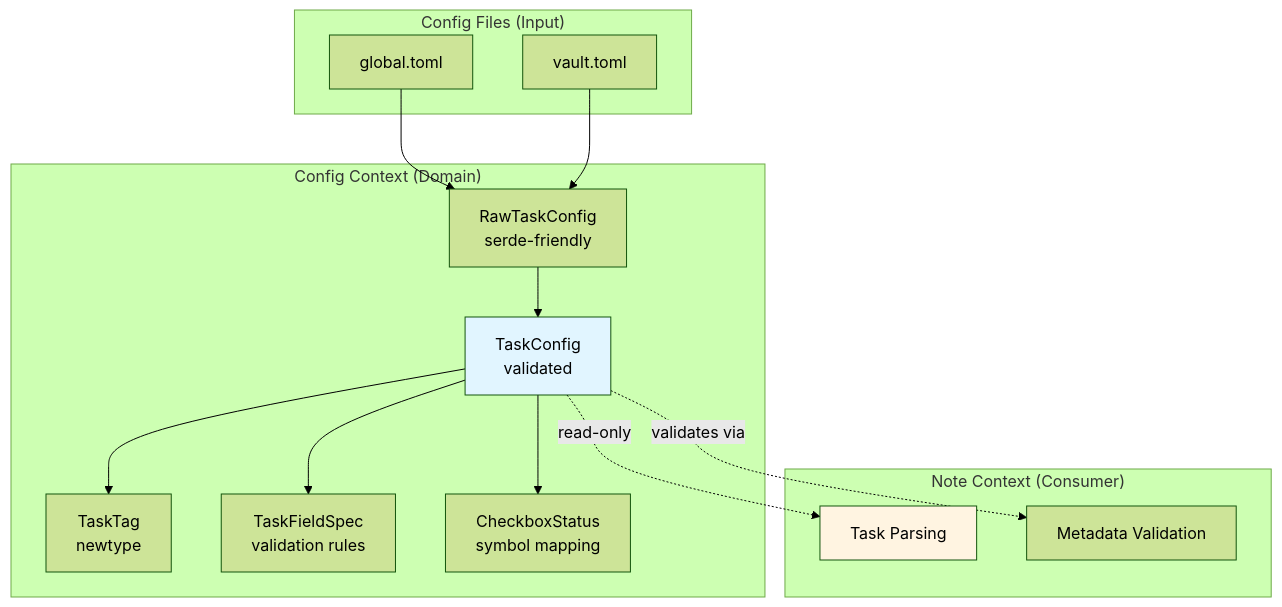
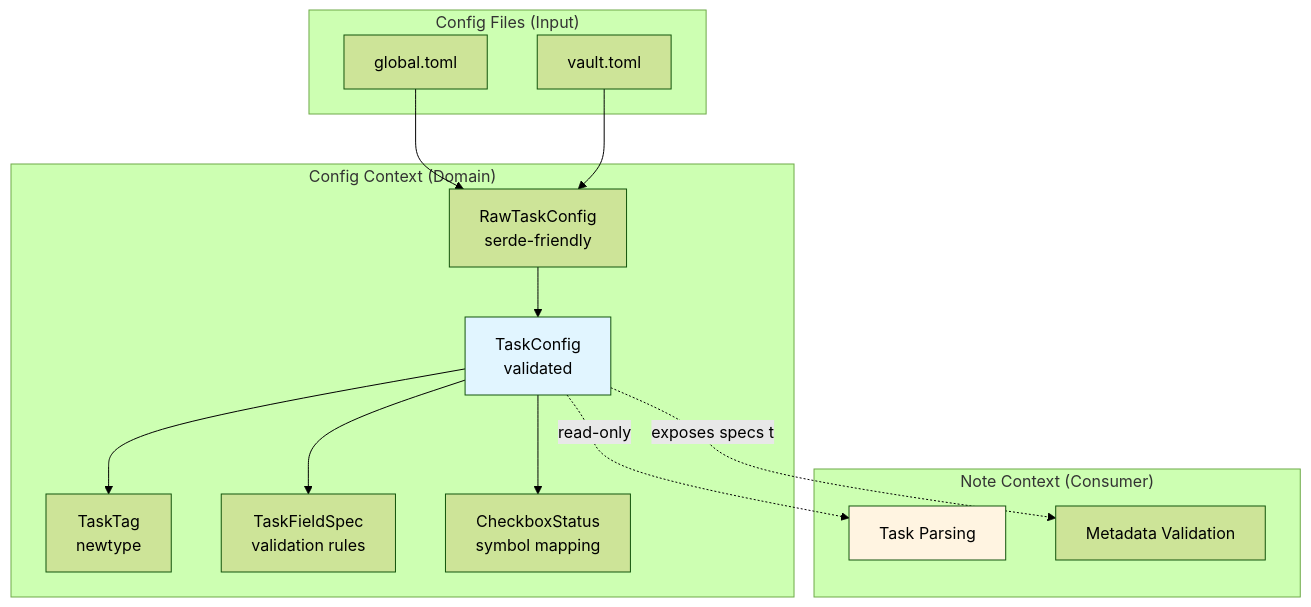
Before and after one commit to JackMatanky/lithos: the first of 3 diagrams in docs/design/003-config-task.md, drawn with Mermaid (forest theme). The commit also changed other lines of this file and 2 other files, not shown here.

First line of the commit message:
docs(design): add config ingest/raw flow and Figment integration

````diff
--- a/docs/design/003-config-task.md
+++ b/docs/design/003-config-task.md
@@ -295,35 +299,35 @@
 ```mermaid
 graph TB
     subgraph "Config Files (Input)"
         GlobalTOML[global.toml]
         VaultTOML[vault.toml]
     end
 
     subgraph "Config Context (Domain)"
         RawTaskConfig[RawTaskConfig<br/>serde-friendly]
         TaskConfig[TaskConfig<br/>validated]
 
         TaskTag[TaskTag<br/>newtype]
         TaskFieldSpec[TaskFieldSpec<br/>validation rules]
         CheckboxStatus[CheckboxStatus<br/>symbol mapping]
 
         RawTaskConfig --> TaskConfig
         TaskConfig --> TaskTag
         TaskConfig --> TaskFieldSpec
         TaskConfig --> CheckboxStatus
     end
 
     subgraph "Note Context (Consumer)"
         TaskParsing[Task Parsing]
         MetadataValidation[Metadata Validation]
     end
 
     GlobalTOML --> RawTaskConfig
     VaultTOML --> RawTaskConfig
 
     TaskConfig -.read-only.-> TaskParsing
-    TaskConfig -.validates via.-> MetadataValidation
+    TaskConfig -.exposes specs to.-> MetadataValidation
 
     style TaskConfig fill:#e1f5ff
     style TaskParsing fill:#fff4e1
 ```
````
